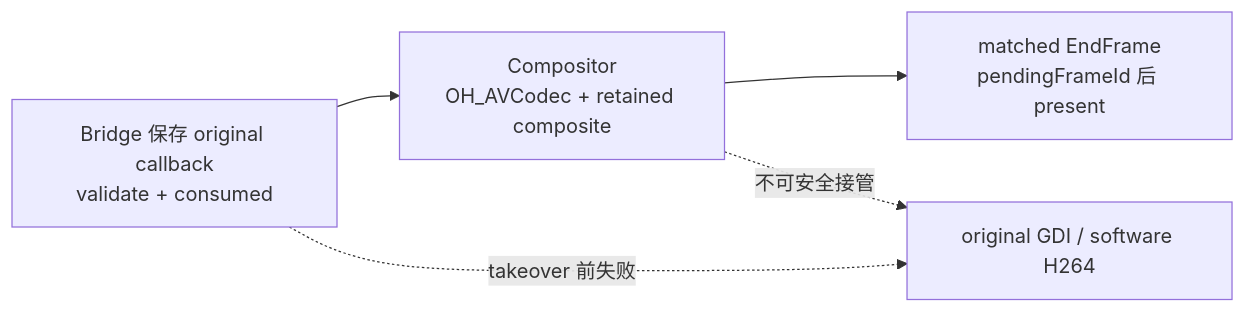
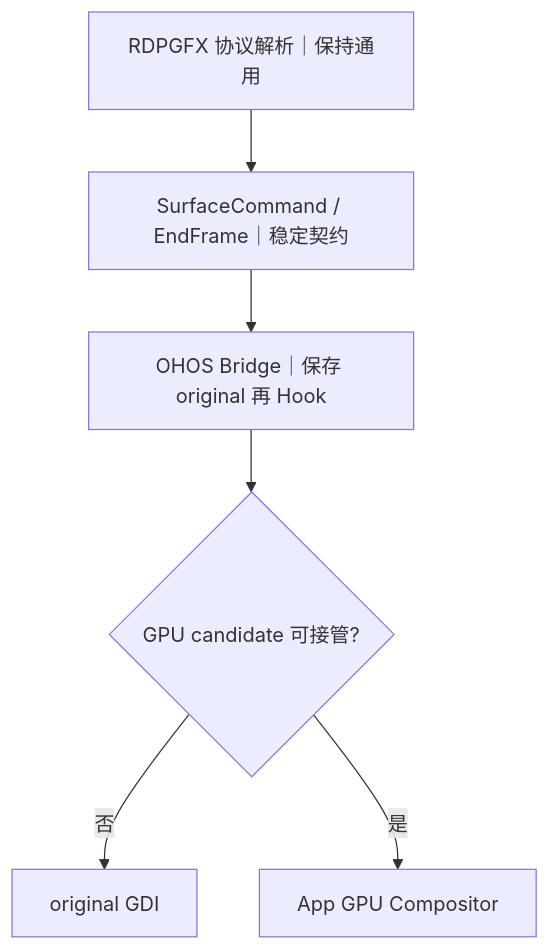
Before and after one commit to xiaomu120413/harmonyos-sdd-ralph-workshop: the seventh of 12 diagrams in harmonyos-sdd-ralph-workshop.md, drawn with Mermaid. The commit also changed other lines of this file and 5 other files, not shown here.

````diff
--- a/harmonyos-sdd-ralph-workshop.md
+++ b/harmonyos-sdd-ralph-workshop.md
@@ -1690,7 +1642,8 @@
 ```mermaid
-flowchart LR
-  B["Bridge 保存 original callback<br/>validate + consumed"] --> C["Compositor<br/>OH_AVCodec + retained composite"]
-  C --> E["matched EndFrame<br/>pendingFrameId 后 present"]
-  B -. takeover 前失败 .-> F["original GDI / software H264"]
-  C -. 不可安全接管 .-> F
+flowchart TB
+  P["RDPGFX 协议解析｜保持通用"] --> C["SurfaceCommand / EndFrame｜稳定契约"]
+  C --> H["OHOS Bridge｜保存 original 再 Hook"]
+  H --> G{"GPU candidate 可接管?"}
+  G -->|否| O["original GDI"]
+  G -->|是| A["App GPU Compositor"]
 ```
````
